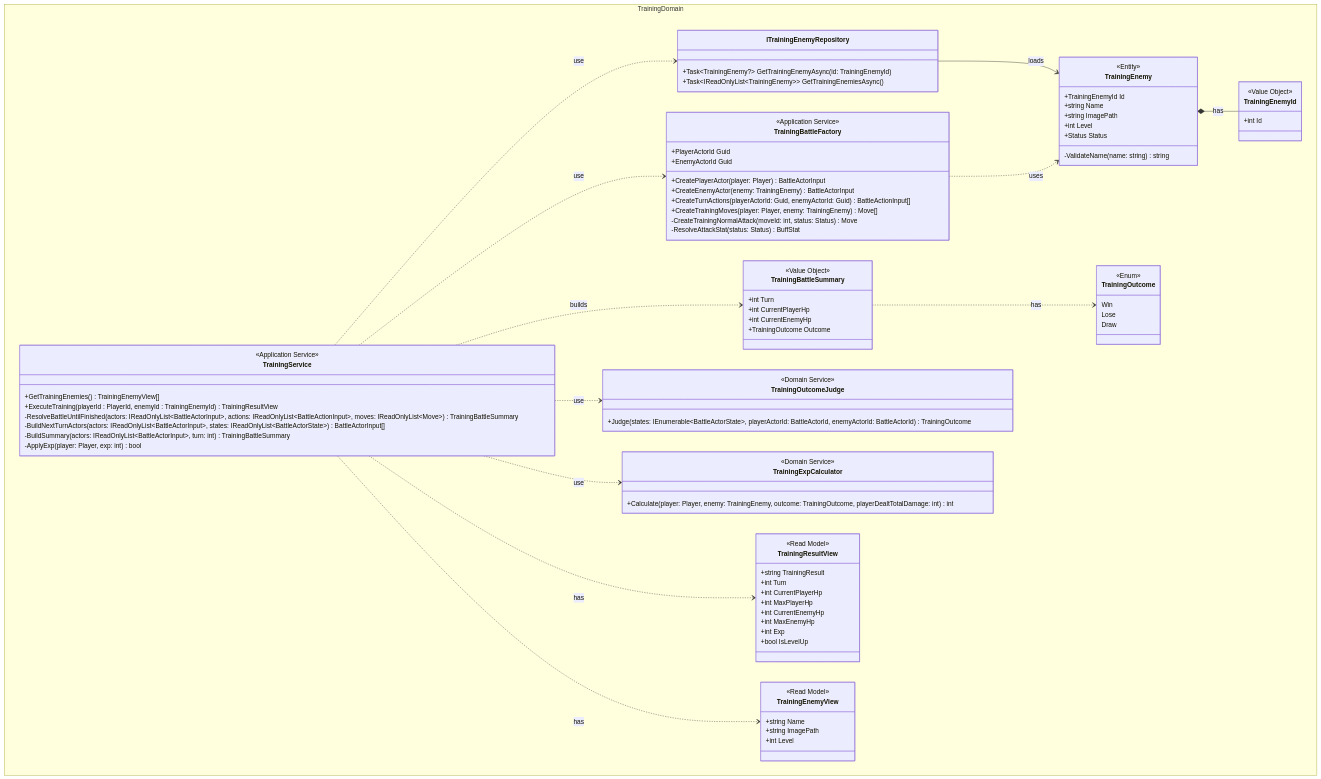
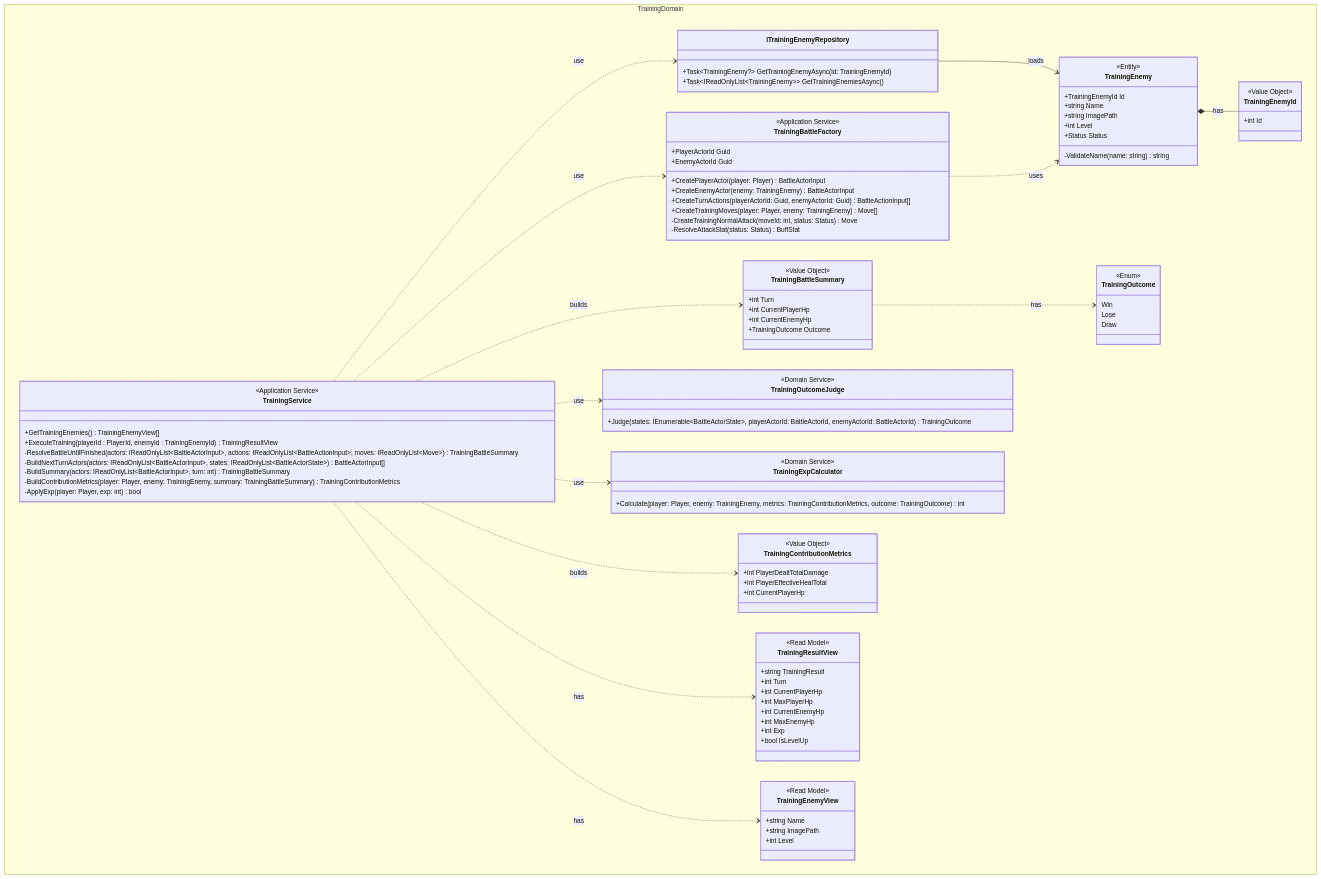
One commit to ayumu203/nisekue changed the diagram in docs/MMD05_TrainingDomain.mmd. Above: the diagram before and after it, drawn with Mermaid.

Commit message:
docs: 経験値獲得式変更のためのクラス追加.

```diff
--- a/docs/MMD05_TrainingDomain.mmd
+++ b/docs/MMD05_TrainingDomain.mmd
@@ -1,102 +1,111 @@
 classDiagram
     %% Enum 定義は docs/MMD21_Enum.mmd を参照
     namespace TrainingDomain {
         %% トレーニングモード
         class TrainingEnemy {
             <<Entity>>
             +TrainingEnemyId Id
             +string Name
             +string ImagePath
             +int Level
             +Status Status
             -ValidateName(name: string) string
         }
 
         class TrainingEnemyId {
             <<Value Object>>
             +int Id
         }
 
         class ITrainingEnemyRepository {
             +Task~TrainingEnemy?~ GetTrainingEnemyAsync(id: TrainingEnemyId)
             +Task~IReadOnlyList~TrainingEnemy~~ GetTrainingEnemiesAsync()
         }
 
         class TrainingBattleFactory {
             <<Application Service>>
             +CreatePlayerActor(player: Player) BattleActorInput
             +CreateEnemyActor(enemy: TrainingEnemy) BattleActorInput
             +CreateTurnActions(playerActorId: Guid, enemyActorId: Guid) BattleActionInput[]
             +CreateTrainingMoves(player: Player, enemy: TrainingEnemy) Move[]
             +PlayerActorId Guid
             +EnemyActorId Guid
             -CreateTrainingNormalAttack(moveId: int, status: Status) Move
             -ResolveAttackStat(status: Status) BuffStat
         }
 
         class TrainingOutcome {
             <<Enum>>
             Win
             Lose
             Draw
         }
 
         class TrainingOutcomeJudge {
             <<Domain Service>>
             +Judge(states: IEnumerable~BattleActorState~, playerActorId: BattleActorId, enemyActorId: BattleActorId) TrainingOutcome
         }
 
         class TrainingExpCalculator {
             <<Domain Service>>
-            +Calculate(player: Player, enemy: TrainingEnemy, outcome: TrainingOutcome, playerDealtTotalDamage: int) int
+            +Calculate(player: Player, enemy: TrainingEnemy, metrics: TrainingContributionMetrics, outcome: TrainingOutcome) int
         }
 
         class TrainingBattleSummary {
             <<Value Object>>
             +int Turn
             +int CurrentPlayerHp
             +int CurrentEnemyHp
             +TrainingOutcome Outcome
         }
 
+        class TrainingContributionMetrics {
+            <<Value Object>>
+            +int PlayerDealtTotalDamage
+            +int PlayerEffectiveHealTotal
+            +int CurrentPlayerHp
+        }
+
         class TrainingService {
             <<Application Service>>
             +GetTrainingEnemies() TrainingEnemyView[]
             +ExecuteTraining(playerId : PlayerId, enemyId : TrainingEnemyId) TrainingResultView
             -ResolveBattleUntilFinished(actors: IReadOnlyList~BattleActorInput~, actions: IReadOnlyList~BattleActionInput~, moves: IReadOnlyList~Move~) TrainingBattleSummary
             -BuildNextTurnActors(actors: IReadOnlyList~BattleActorInput~, states: IReadOnlyList~BattleActorState~) BattleActorInput[]
             -BuildSummary(actors: IReadOnlyList~BattleActorInput~, turn: int) TrainingBattleSummary
+            -BuildContributionMetrics(player: Player, enemy: TrainingEnemy, summary: TrainingBattleSummary) TrainingContributionMetrics
             -ApplyExp(player: Player, exp: int) bool
         }
 
         class TrainingEnemyView {
             <<Read Model>>
             +string Name
             +string ImagePath
             +int Level
         }
 
         class TrainingResultView {
             <<Read Model>>
             +string TrainingResult
             +int Turn
             +int CurrentPlayerHp
             +int MaxPlayerHp
             +int CurrentEnemyHp
             +int MaxEnemyHp
             +int Exp
             +bool IsLevelUp
         }
     }
 
     TrainingEnemy *-- TrainingEnemyId : has
     ITrainingEnemyRepository --> TrainingEnemy : loads
     TrainingBattleFactory ..> TrainingEnemy : uses
     TrainingBattleSummary ..> TrainingOutcome : has
     TrainingService ..> ITrainingEnemyRepository : use
     TrainingService ..> TrainingBattleFactory : use
     TrainingService ..> TrainingOutcomeJudge : use
     TrainingService ..> TrainingExpCalculator : use
     TrainingService ..> TrainingBattleSummary : builds
+    TrainingService ..> TrainingContributionMetrics : builds
     TrainingService ..> TrainingResultView : has
     TrainingService ..> TrainingEnemyView : has
```
